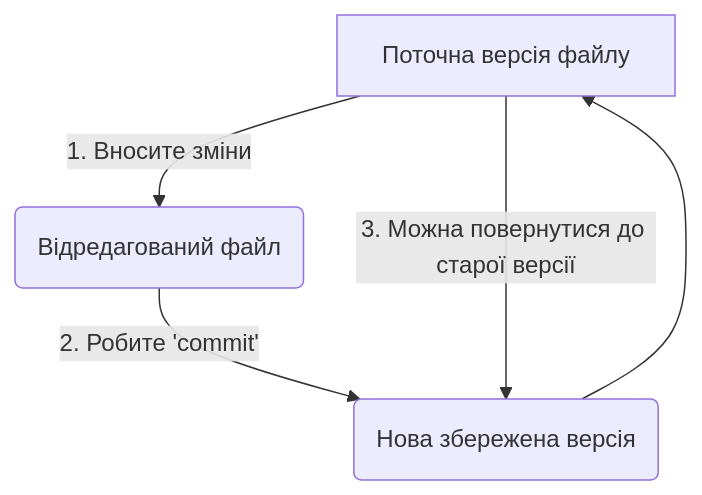
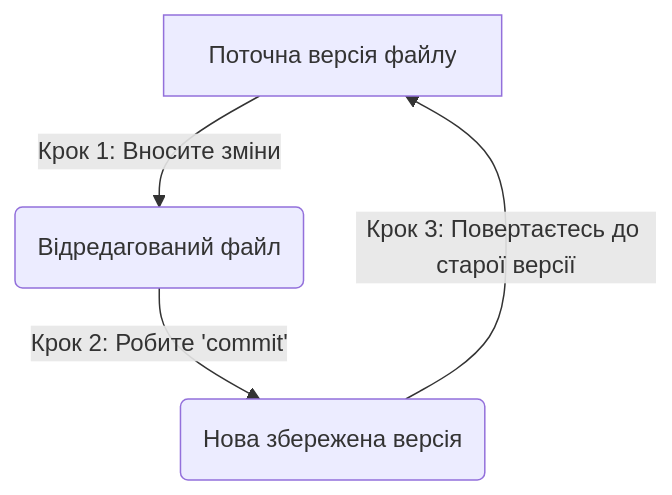
One commit to vplanto/java changed the diagram in docs/00_intro.md. Above: the diagram before and after it, drawn with Mermaid. The commit also changed other lines of this file, not shown here.

Commit message:
fixes for 00 lecture

`````diff
--- a/docs/00_intro.md
+++ b/docs/00_intro.md
@@ -82,7 +82,6 @@
 ```mermaid
 graph TD;
-    A[Поточна версія файлу] -->|1. Вносите зміни| B(Відредагований файл);
-    B -->|2. Робите 'commit'| C(Нова збережена версія);
-    A -->|3. Можна повернутися до старої версії| C;
-    C --> A;
-````
+    A[Поточна версія файлу] -- "Крок 1: Вносите зміни" --> B(Відредагований файл);
+    B -- "Крок 2: Робите 'commit'" --> C(Нова збережена версія);
+    C -- "Крок 3: Повертаєтесь до старої версії" --> A;
+```
`````
